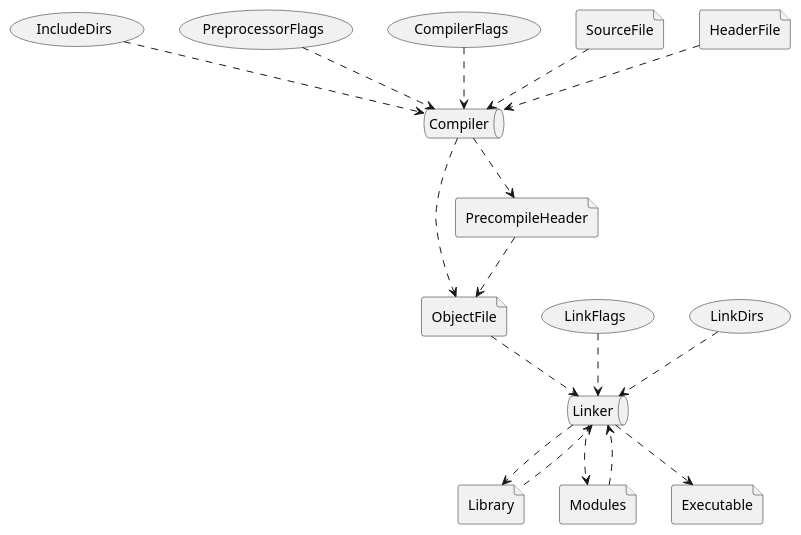
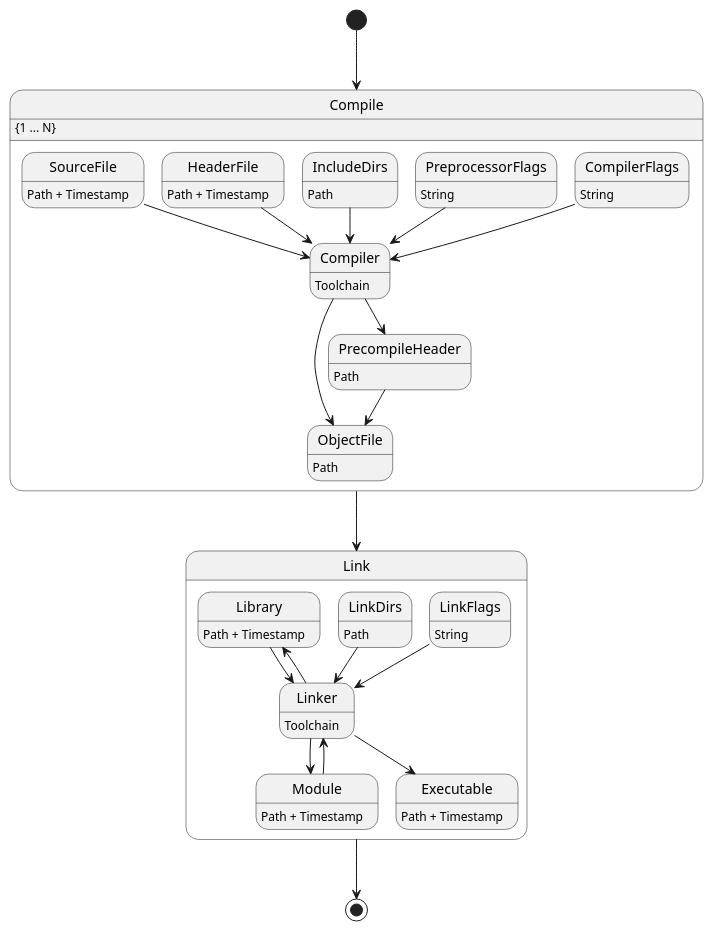
One commit to coder137/build_in_cpp changed the diagram in doc/software_architecture/uml/dependency_graph.md. Above: the diagram before and after it, drawn with PlantUML. The commit also changed 15 other files, not shown here.

```diff
--- a/doc/software_architecture/uml/dependency_graph.md
+++ b/doc/software_architecture/uml/dependency_graph.md
@@ -1,43 +1,49 @@
 @startuml
 
+[*] --> Compile
+Compile --> Link
+Link --> [*]
 
-usecase IncludeDirs
-usecase PreprocessorFlags
-usecase CompilerFlags
+state Compile {
+SourceFile --> Compiler
+HeaderFile --> Compiler
+IncludeDirs --> Compiler
+PreprocessorFlags --> Compiler
+CompilerFlags --> Compiler
 
-usecase LinkFlags
-usecase LinkDirs
+Compiler --> ObjectFile
+Compiler --> PrecompileHeader
 
-file SourceFile
-file HeaderFile
-file ObjectFile
-file PrecompileHeader
-file Executable
-file Library
-file Modules
+PrecompileHeader --> ObjectFile
 
-queue Compiler
-queue Linker
+SourceFile : Path + Timestamp
+HeaderFile : Path + Timestamp
+IncludeDirs : Path
+PreprocessorFlags : String
+CompilerFlags : String
+Compiler : Toolchain
+PrecompileHeader : Path
+ObjectFile : Path
+}
 
-HeaderFile ..> Compiler 
-IncludeDirs ..> Compiler
-PreprocessorFlags ..> Compiler
-CompilerFlags ..> Compiler
-SourceFile ..> Compiler
+Compile : {1 ... N}
 
-Compiler ..> ObjectFile
-Compiler ..> PrecompileHeader
+state Link {
+Library --> Linker
+Module --> Linker
+LinkDirs --> Linker
+LinkFlags --> Linker
 
-PrecompileHeader ..> ObjectFile
+Linker --> Executable
+Linker --> Library
+Linker --> Module
 
-LinkFlags ..> Linker
-LinkDirs ..> Linker
-ObjectFile ..> Linker
-Library ..> Linker
-Modules ..> Linker
-
-Linker ..> Executable
-Linker ..> Library
-Linker ..> Modules
+Library : Path + Timestamp
+Module : Path + Timestamp
+Executable : Path + Timestamp
+Linker : Toolchain
+LinkDirs : Path
+LinkFlags : String
+}
 
 @enduml
```
